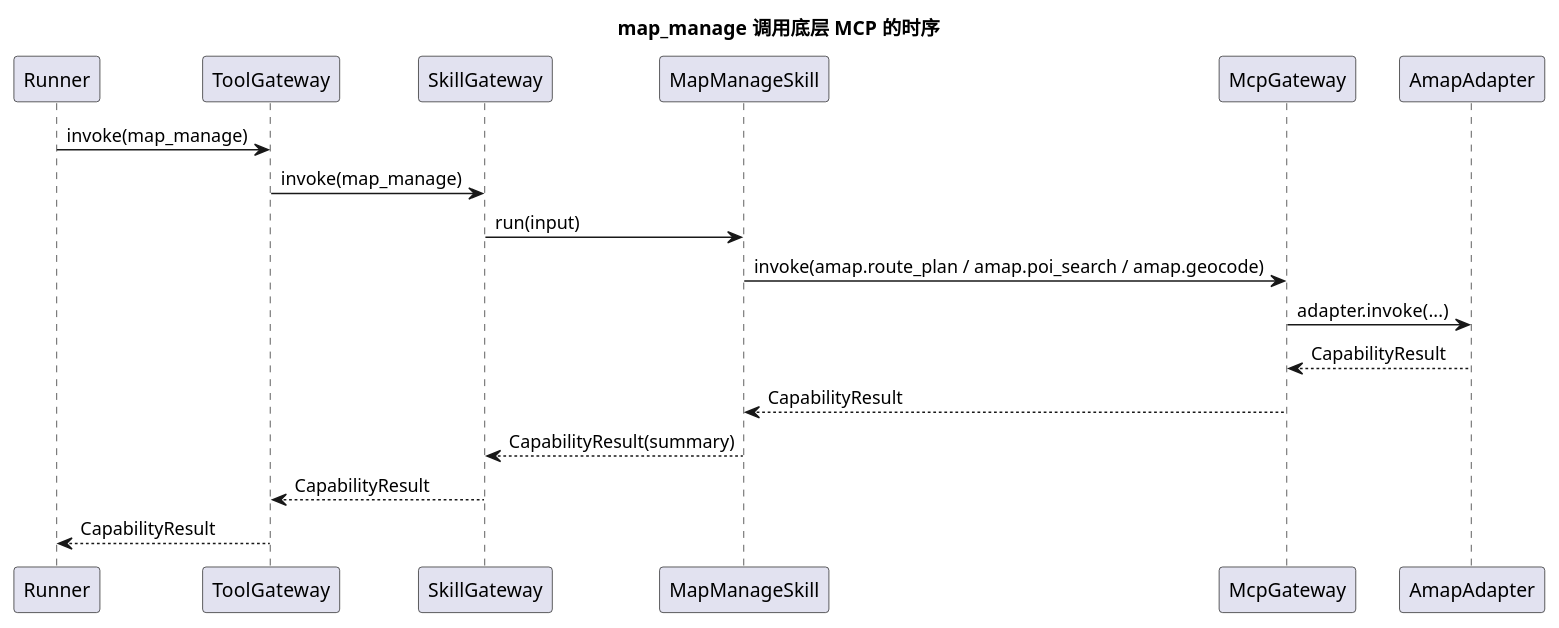
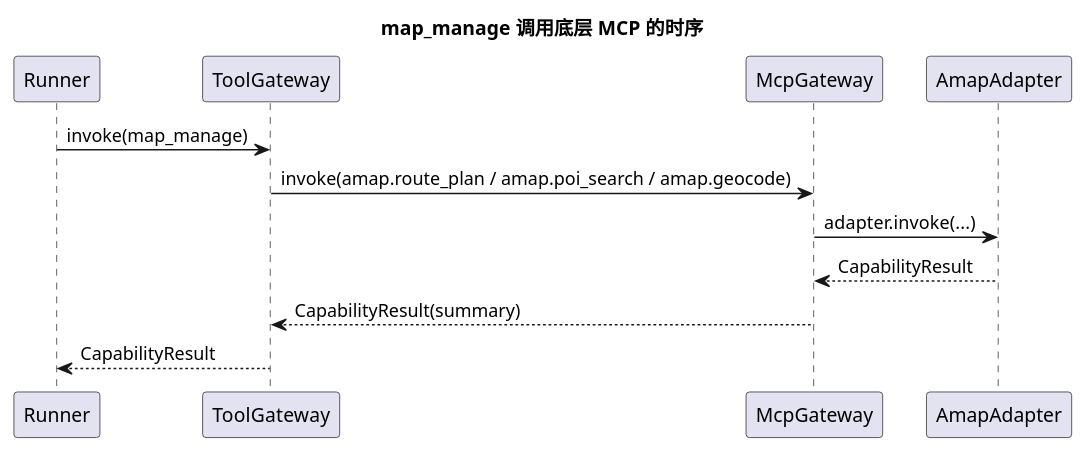
The second of 2 diagrams in doc/plan/PhaseE-agent输入与工具面收敛实施文档.md (HengeLiu/RealtimeAgent), drawn with PlantUML before and after one commit. The commit also changed other lines of this file and 31 other files, not shown here.

````diff
--- a/doc/plan/PhaseE-agent输入与工具面收敛实施文档.md
+++ b/doc/plan/PhaseE-agent输入与工具面收敛实施文档.md
@@ -128,23 +128,17 @@
 ```plantuml
 @startuml
 title map_manage 调用底层 MCP 的时序
 
 participant "Runner" as R
 participant "ToolGateway" as T
-participant "SkillGateway" as S
-participant "MapManageSkill" as K
 participant "McpGateway" as M
 participant "AmapAdapter" as A
 
 R -> T : invoke(map_manage)
-T -> S : invoke(map_manage)
-S -> K : run(input)
-K -> M : invoke(amap.route_plan / amap.poi_search / amap.geocode)
+T -> M : invoke(amap.route_plan / amap.poi_search / amap.geocode)
 M -> A : adapter.invoke(...)
 A --> M : CapabilityResult
-M --> K : CapabilityResult
-K --> S : CapabilityResult(summary)
-S --> T : CapabilityResult
+M --> T : CapabilityResult(summary)
 T --> R : CapabilityResult
 @enduml
 ```
````
